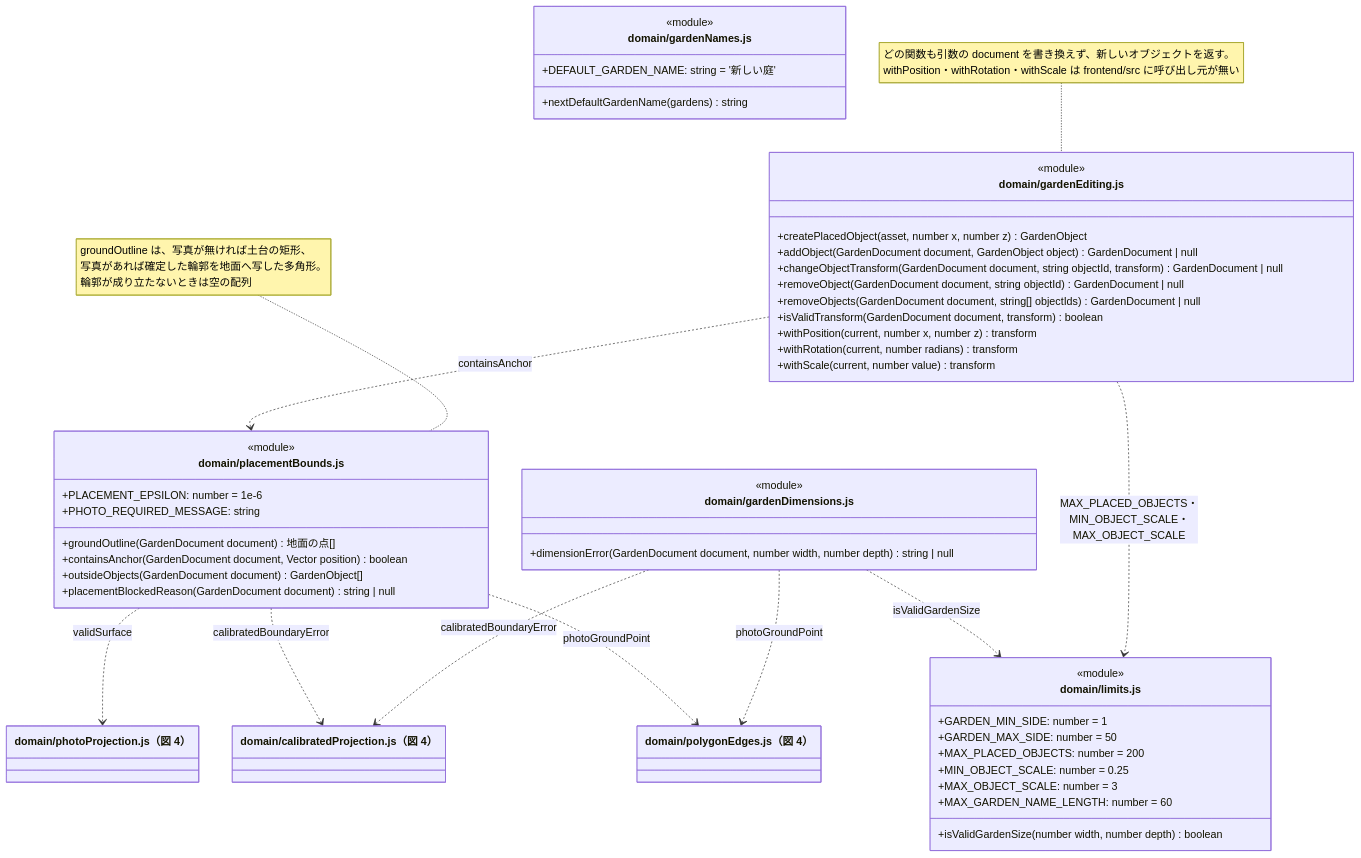
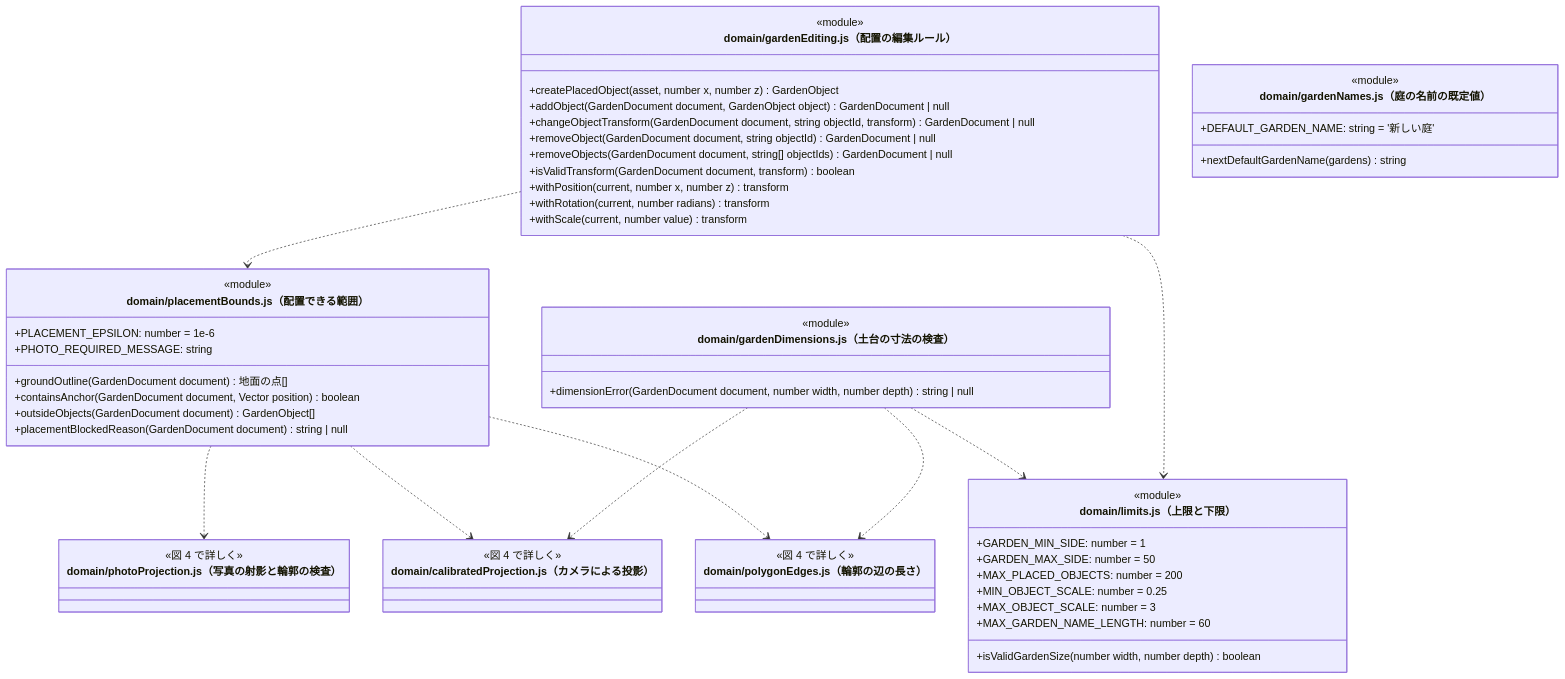
Before and after one commit to abeouga/kusakari-document: the third of 8 diagrams in クラス図/kusakari-canvas/04_GardenDocumentと画面の状態.md, drawn with Mermaid. The commit also changed other lines of this file and 40 other files, not shown here.

Commit message:
Canvas のクラス図に全体図を足し、詳細図をデータとモジュールの図に分けて書き直す

````diff
--- a/クラス図/kusakari-canvas/04_GardenDocumentと画面の状態.md
+++ b/クラス図/kusakari-canvas/04_GardenDocumentと画面の状態.md
@@ -386,57 +344,63 @@
 ```mermaid
 classDiagram
     direction TB
-    class gardenEditing["domain/gardenEditing.js"] {
+
+    class gardenEditing["domain/gardenEditing.js（配置の編集ルール）"] {
         <<module>>
         +createPlacedObject(asset, number x, number z) GardenObject
         +addObject(GardenDocument document, GardenObject object) GardenDocument | null
         +changeObjectTransform(GardenDocument document, string objectId, transform) GardenDocument | null
         +removeObject(GardenDocument document, string objectId) GardenDocument | null
         +removeObjects(GardenDocument document, string[] objectIds) GardenDocument | null
         +isValidTransform(GardenDocument document, transform) boolean
         +withPosition(current, number x, number z) transform
         +withRotation(current, number radians) transform
         +withScale(current, number value) transform
     }
-    class placementBounds["domain/placementBounds.js"] {
+    class placementBounds["domain/placementBounds.js（配置できる範囲）"] {
         <<module>>
         +PLACEMENT_EPSILON: number = 1e-6
         +PHOTO_REQUIRED_MESSAGE: string
         +groundOutline(GardenDocument document) 地面の点[]
         +containsAnchor(GardenDocument document, Vector position) boolean
         +outsideObjects(GardenDocument document) GardenObject[]
         +placementBlockedReason(GardenDocument document) string | null
     }
-    class limits["domain/limits.js"] {
+    class limits["domain/limits.js（上限と下限）"] {
         <<module>>
         +GARDEN_MIN_SIDE: number = 1
         +GARDEN_MAX_SIDE: number = 50
         +MAX_PLACED_OBJECTS: number = 200
         +MIN_OBJECT_SCALE: number = 0.25
         +MAX_OBJECT_SCALE: number = 3
         +MAX_GARDEN_NAME_LENGTH: number = 60
         +isValidGardenSize(number width, number depth) boolean
     }
-    class gardenDimensions["domain/gardenDimensions.js"] {
+    class gardenDimensions["domain/gardenDimensions.js（土台の寸法の検査）"] {
         <<module>>
         +dimensionError(GardenDocument document, number width, number depth) string | null
     }
-    class gardenNames["domain/gardenNames.js"] {
+    class gardenNames["domain/gardenNames.js（庭の名前の既定値）"] {
         <<module>>
         +DEFAULT_GARDEN_NAME: string = '新しい庭'
         +nextDefaultGardenName(gardens) string
     }
-    class photoProjection["domain/photoProjection.js（図 4）"]
-    class calibratedProjection["domain/calibratedProjection.js（図 4）"]
-    class polygonEdges["domain/polygonEdges.js（図 4）"]
-    gardenEditing ..> placementBounds : containsAnchor
-    gardenEditing ..> limits : MAX_PLACED_OBJECTS・<br/>MIN_OBJECT_SCALE・MAX_OBJECT_SCALE
-    gardenDimensions ..> limits : isValidGardenSize
-    gardenDimensions ..> calibratedProjection : calibratedBoundaryError
-    gardenDimensions ..> polygonEdges : photoGroundPoint
-    placementBounds ..> photoProjection : validSurface
-    placementBounds ..> calibratedProjection : calibratedBoundaryError
-    placementBounds ..> polygonEdges : photoGroundPoint
-    note for gardenEditing "どの関数も引数の document を書き換えず、新しいオブジェクトを返す。<br/>withPosition・withRotation・withScale は frontend/src に呼び出し元が無い"
-    note for placementBounds "groundOutline は、写真が無ければ土台の矩形、<br/>写真があれば確定した輪郭を地面へ写した多角形。<br/>輪郭が成り立たないときは空の配列"
+    class photoProjection["domain/photoProjection.js（写真の射影と輪郭の検査）"] {
+        <<図 4 で詳しく>>
+    }
+    class calibratedProjection["domain/calibratedProjection.js（カメラによる投影）"] {
+        <<図 4 で詳しく>>
+    }
+    class polygonEdges["domain/polygonEdges.js（輪郭の辺の長さ）"] {
+        <<図 4 で詳しく>>
+    }
+
+    gardenEditing ..> placementBounds
+    gardenEditing ..> limits
+    gardenDimensions ..> limits
+    gardenDimensions ..> calibratedProjection
+    gardenDimensions ..> polygonEdges
+    placementBounds ..> photoProjection
+    placementBounds ..> calibratedProjection
+    placementBounds ..> polygonEdges
 ```
````
